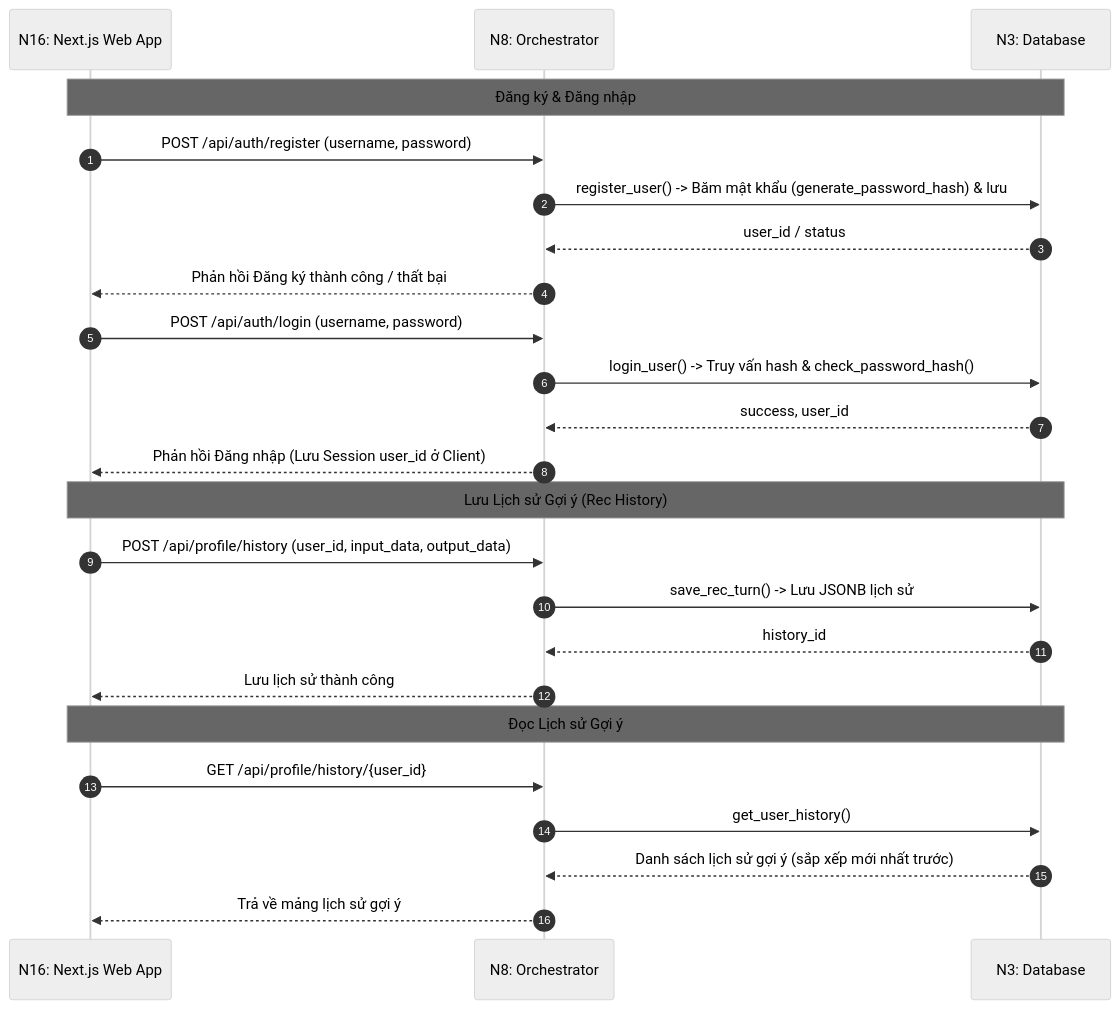
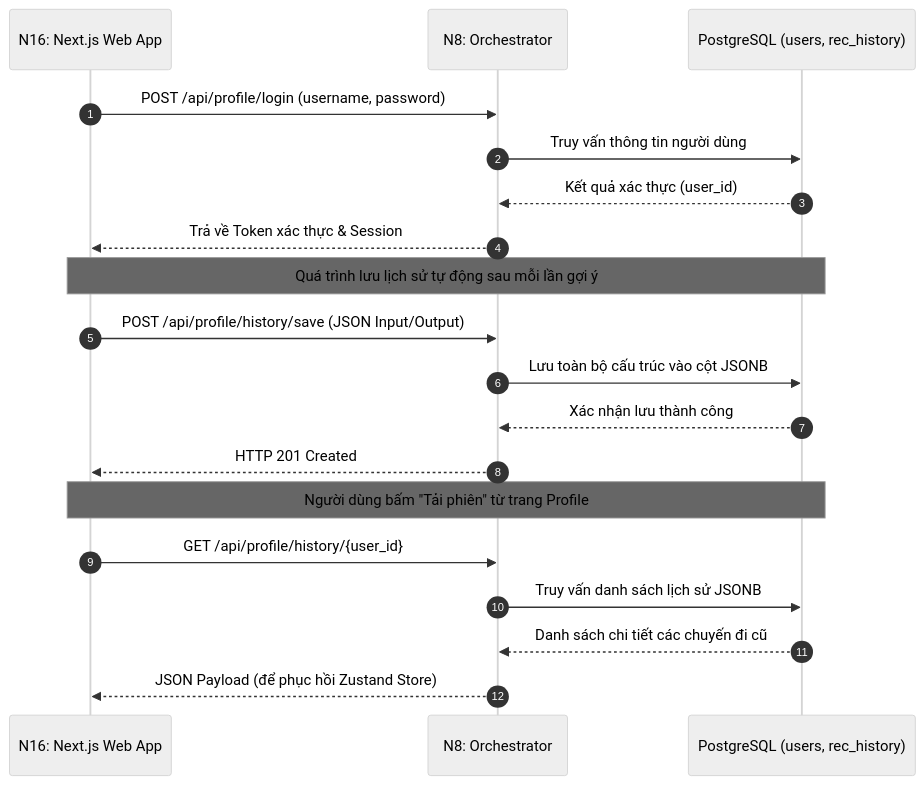
One commit to ltk6/travel-exp-planner changed the fifth of 6 diagrams in docs/modules/n8_orchestrator.md. Above: the diagram before and after it, drawn with Mermaid. The commit also changed other lines of this file and 52 other files, not shown here.

````diff
--- a/docs/modules/n8_orchestrator.md
+++ b/docs/modules/n8_orchestrator.md
@@ -420,31 +202,28 @@
 ```mermaid
 %%{init: { 'theme': 'neutral', 'themeVariables': { 'actorTextColor': '#000000', 'signalTextColor': '#000000', 'noteTextColor': '#000000' } }}%%
 sequenceDiagram
     autonumber
     participant N16 as N16: Next.js Web App
     participant N8 as N8: Orchestrator
-    participant N3 as N3: Database
-
-    Note over N16, N3: Đăng ký & Đăng nhập
-    N16->>N8: POST /api/auth/register (username, password)
-    N8->>N3: register_user() -> Băm mật khẩu (generate_password_hash) & lưu
-    N3-->>N8: user_id / status
-    N8-->>N16: Phản hồi Đăng ký thành công / thất bại
-
-    N16->>N8: POST /api/auth/login (username, password)
-    N8->>N3: login_user() -> Truy vấn hash & check_password_hash()
-    N3-->>N8: success, user_id
-    N8-->>N16: Phản hồi Đăng nhập (Lưu Session user_id ở Client)
-
-    Note over N16, N3: Lưu Lịch sử Gợi ý (Rec History)
-    N16->>N8: POST /api/profile/history (user_id, input_data, output_data)
-    N8->>N3: save_rec_turn() -> Lưu JSONB lịch sử
-    N3-->>N8: history_id
-    N8-->>N16: Lưu lịch sử thành công
-
-    Note over N16, N3: Đọc Lịch sử Gợi ý
+    participant N3 as PostgreSQL (users, rec_history)
+    
+    %% Đăng nhập
+    N16->>N8: POST /api/profile/login (username, password)
+    N8->>N3: Truy vấn thông tin người dùng
+    N3-->>N8: Kết quả xác thực (user_id)
+    N8-->>N16: Trả về Token xác thực & Session
+    
+    %% Lưu lịch sử tự động
+    Note over N16, N3: Quá trình lưu lịch sử tự động sau mỗi lần gợi ý
+    N16->>N8: POST /api/profile/history/save (JSON Input/Output)
+    N8->>N3: Lưu toàn bộ cấu trúc vào cột JSONB
+    N3-->>N8: Xác nhận lưu thành công
+    N8-->>N16: HTTP 201 Created
+    
+    %% Tải / Khôi phục lịch sử
+    Note over N16, N3: Người dùng bấm "Tải phiên" từ trang Profile
     N16->>N8: GET /api/profile/history/{user_id}
-    N8->>N3: get_user_history()
-    N3-->>N8: Danh sách lịch sử gợi ý (sắp xếp mới nhất trước)
-    N8-->>N16: Trả về mảng lịch sử gợi ý
+    N8->>N3: Truy vấn danh sách lịch sử JSONB
+    N3-->>N8: Danh sách chi tiết các chuyến đi cũ
+    N8-->>N16: JSON Payload (để phục hồi Zustand Store)
 ```
````
